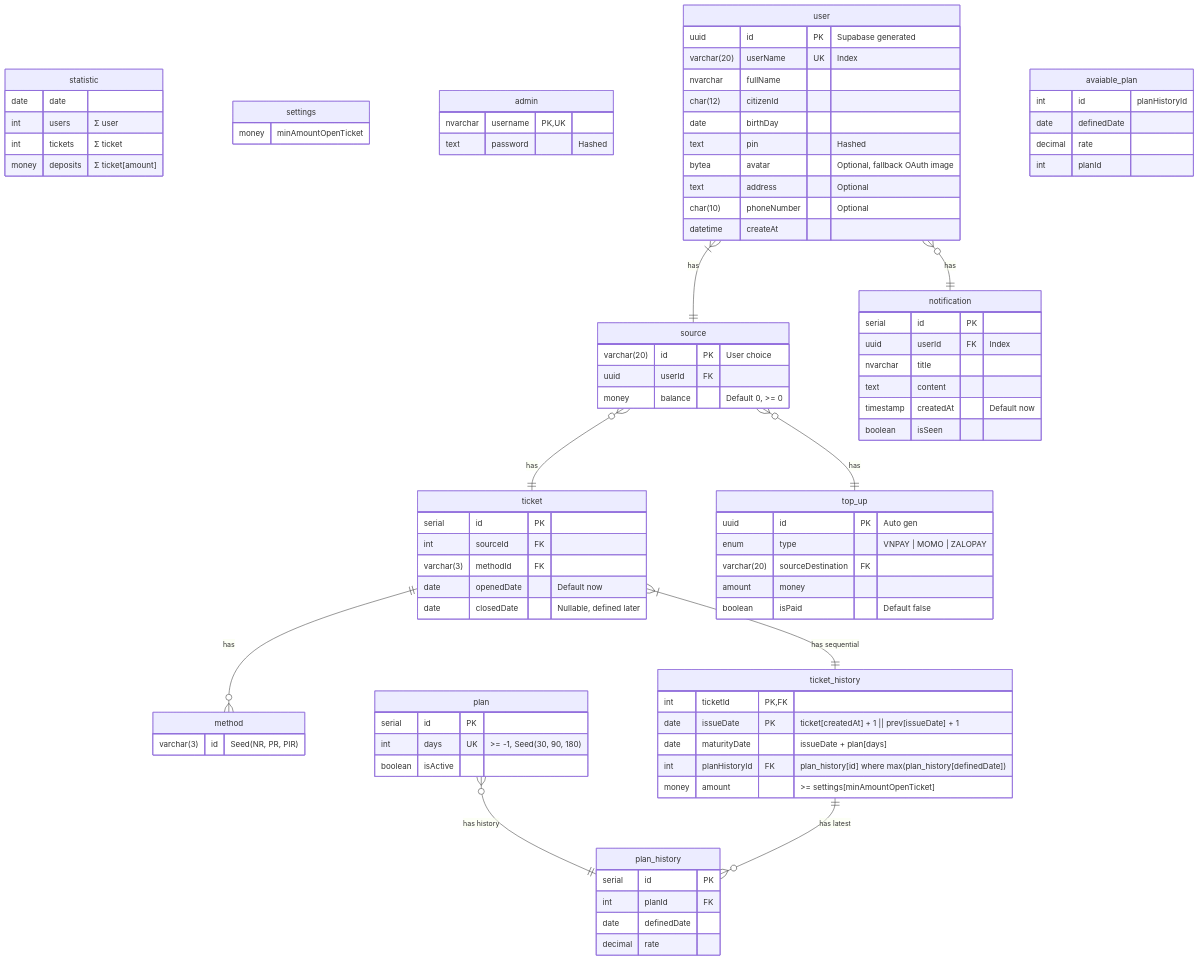
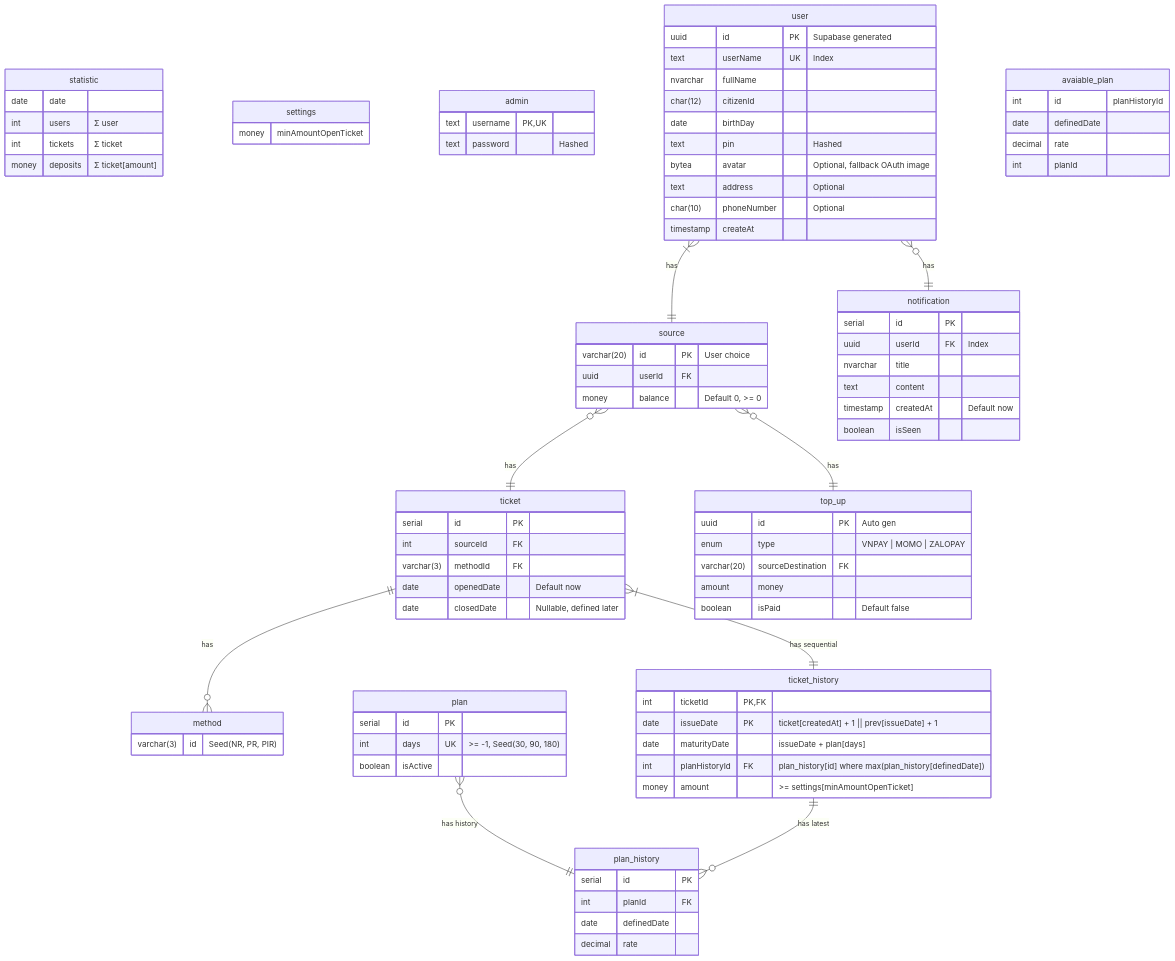
Before and after one commit to coinhub-uit/coinhub-uit.github.io: the diagram in docs/diagrams/database.md, drawn with Mermaid.

Commit message:
feat: update username to text type, datetime to timestamps

```diff
--- a/docs/diagrams/database.md
+++ b/docs/diagrams/database.md
@@ -18,13 +18,13 @@
   }
 
   admin {
-    nvarchar username PK,UK
+    text username PK,UK
     text password "Hashed"
   }
 
   user {
     uuid id PK "Supabase generated"
-    varchar(20) userName UK "Index"
+    text userName UK "Index"
     nvarchar fullName
     char(12) citizenId
     date birthDay
@@ -32,7 +32,7 @@
     bytea avatar "Optional, fallback OAuth image"
     text address "Optional"
     char(10) phoneNumber "Optional"
-    datetime createAt
+    timestamp createAt
   }
 
   source {
```
